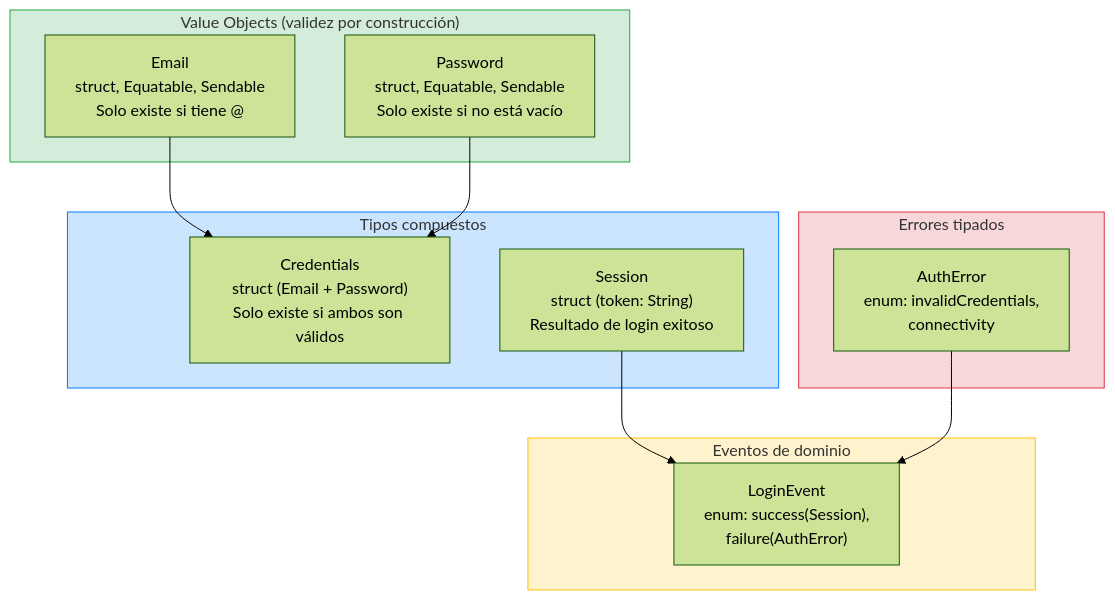
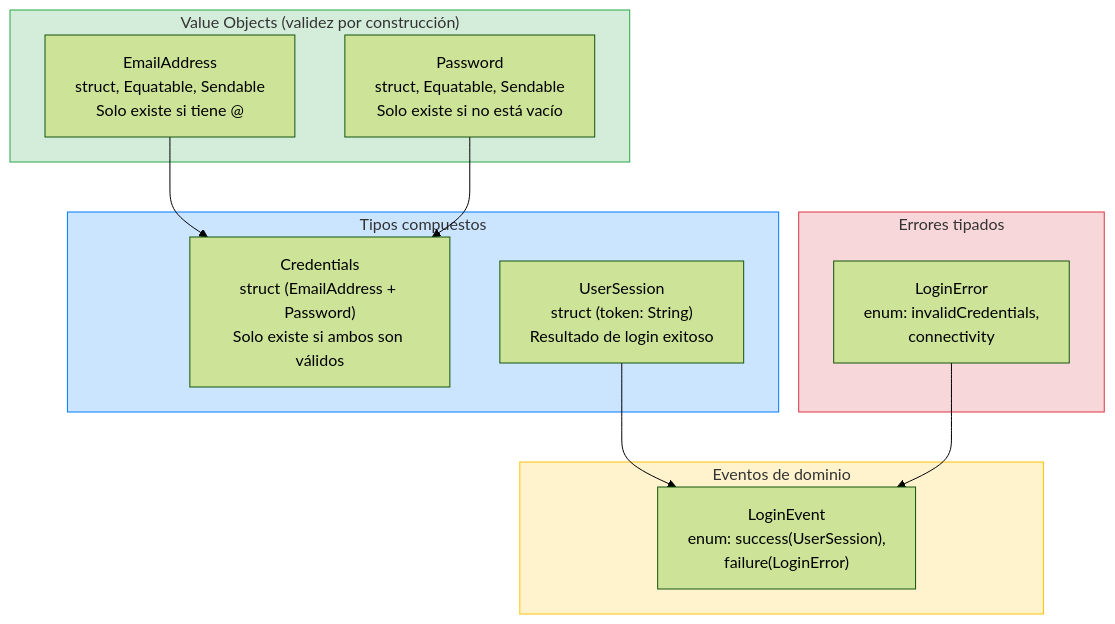
Before and after one commit to SwiftEnProfundidad/stack-my-architecture-ios: the first of 2 diagrams in 01-fundamentos/05-feature-login/01-domain.md, drawn with Mermaid (forest theme). The commit also changed other lines of this file and 50 other files, not shown here.

````diff
--- a/01-fundamentos/05-feature-login/01-domain.md
+++ b/01-fundamentos/05-feature-login/01-domain.md
@@ -39,30 +39,30 @@
 ```mermaid
 graph TD
     subgraph ValueObjects["Value Objects (validez por construcción)"]
-        EMAIL["Email<br/>struct, Equatable, Sendable<br/>Solo existe si tiene @"]
+        EMAIL["EmailAddress<br/>struct, Equatable, Sendable<br/>Solo existe si tiene @"]
         PASSWORD["Password<br/>struct, Equatable, Sendable<br/>Solo existe si no está vacío"]
     end
     
     subgraph Composed["Tipos compuestos"]
-        CREDENTIALS["Credentials<br/>struct (Email + Password)<br/>Solo existe si ambos son válidos"]
-        SESSION["Session<br/>struct (token: String)<br/>Resultado de login exitoso"]
+        CREDENTIALS["Credentials<br/>struct (EmailAddress + Password)<br/>Solo existe si ambos son válidos"]
+        SESSION["UserSession<br/>struct (token: String)<br/>Resultado de login exitoso"]
     end
     
     subgraph Errors["Errores tipados"]
-        AUTHERR["AuthError<br/>enum: invalidCredentials,<br/>connectivity"]
+        AUTHERR["LoginError<br/>enum: invalidCredentials,<br/>connectivity"]
     end
     
     subgraph Events["Eventos de dominio"]
-        EVENT["LoginEvent<br/>enum: success(Session),<br/>failure(AuthError)"]
+        EVENT["LoginEvent<br/>enum: success(UserSession),<br/>failure(LoginError)"]
     end
 
     EMAIL --> CREDENTIALS
     PASSWORD --> CREDENTIALS
     SESSION --> EVENT
     AUTHERR --> EVENT
 
     style ValueObjects fill:#d4edda,stroke:#28a745
     style Composed fill:#cce5ff,stroke:#007bff
     style Errors fill:#f8d7da,stroke:#dc3545
     style Events fill:#fff3cd,stroke:#ffc107
 ```
````
